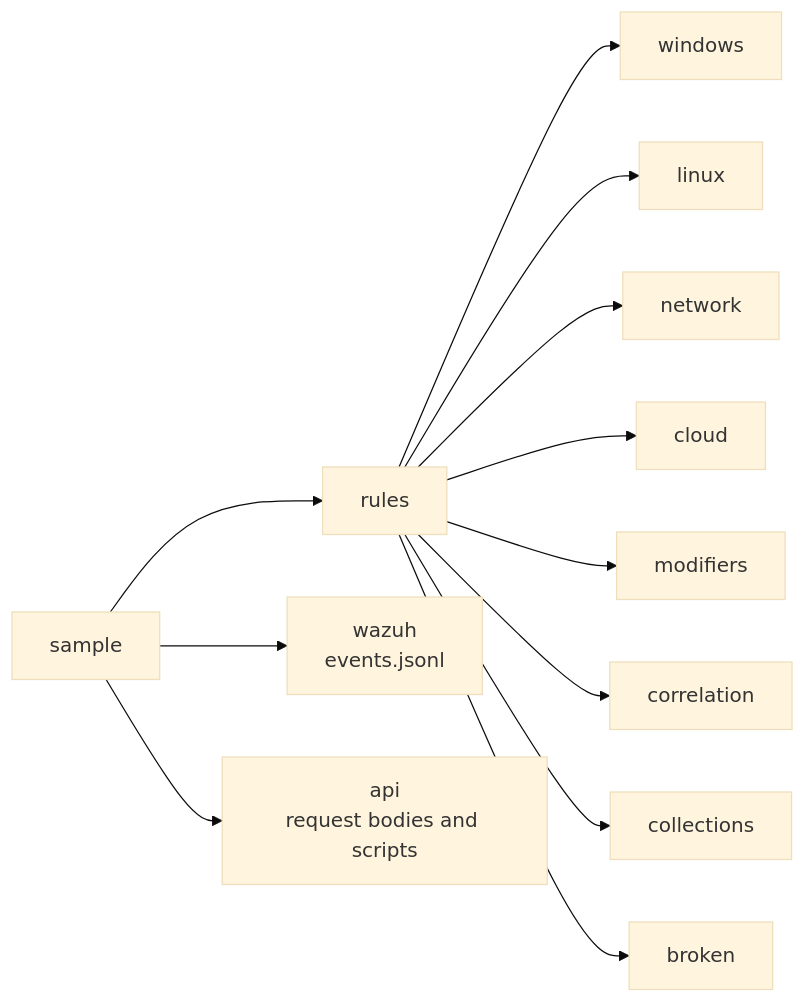
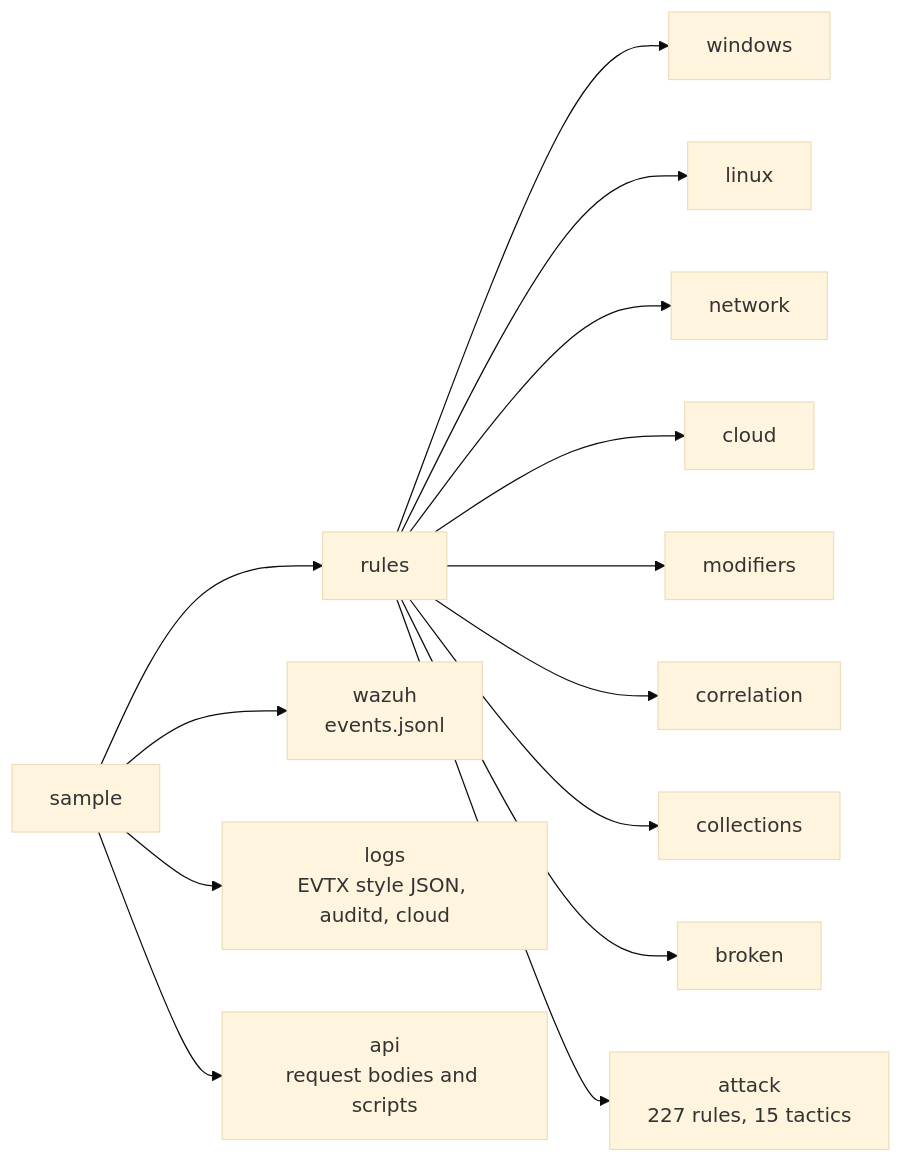
One commit to qays3/Sigma-Forge changed the second of 5 diagrams in README.md. Above: the diagram before and after it, drawn with Mermaid (base theme). The commit also changed other lines of this file and 282 other files, not shown here.

````diff
--- a/README.md
+++ b/README.md
@@ -176,14 +219,16 @@
 ```mermaid
 flowchart LR
     S[sample] --> R[rules]
     S --> W[wazuh<br/>events.jsonl]
+    S --> LG[logs<br/>EVTX style JSON, auditd, cloud]
     S --> A[api<br/>request bodies and scripts]
     R --> R1[windows]
     R --> R2[linux]
     R --> R3[network]
     R --> R4[cloud]
     R --> R5[modifiers]
     R --> R6[correlation]
     R --> R7[collections]
     R --> R8[broken]
+    R --> R9[attack<br/>227 rules, 15 tactics]
 ```
````
